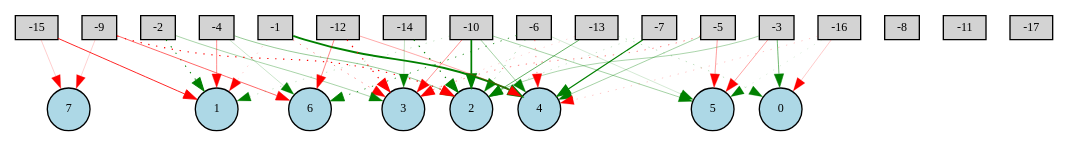
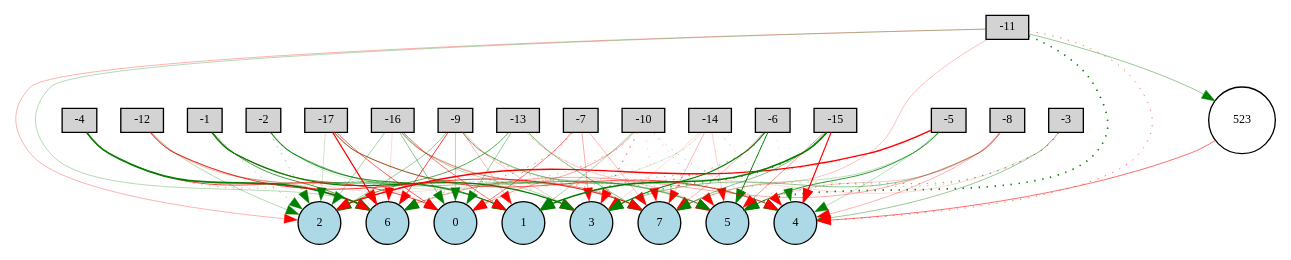
The diagram in neat/Digraph.gv (joeyshi12/Blocky), drawn with Graphviz before and after one commit. The commit also changed 6 other files, not shown here.

```diff
--- a/neat/Digraph.gv
+++ b/neat/Digraph.gv
@@ -1,69 +1,125 @@
 digraph {
 	node [fontsize=9 height=0.2 shape=circle width=0.2]
 	-1 [fillcolor=lightgray shape=box style=filled]
 	-2 [fillcolor=lightgray shape=box style=filled]
 	-3 [fillcolor=lightgray shape=box style=filled]
 	-4 [fillcolor=lightgray shape=box style=filled]
 	-5 [fillcolor=lightgray shape=box style=filled]
 	-6 [fillcolor=lightgray shape=box style=filled]
 	-7 [fillcolor=lightgray shape=box style=filled]
 	-8 [fillcolor=lightgray shape=box style=filled]
 	-9 [fillcolor=lightgray shape=box style=filled]
 	-10 [fillcolor=lightgray shape=box style=filled]
 	-11 [fillcolor=lightgray shape=box style=filled]
 	-12 [fillcolor=lightgray shape=box style=filled]
 	-13 [fillcolor=lightgray shape=box style=filled]
 	-14 [fillcolor=lightgray shape=box style=filled]
 	-15 [fillcolor=lightgray shape=box style=filled]
 	-16 [fillcolor=lightgray shape=box style=filled]
 	-17 [fillcolor=lightgray shape=box style=filled]
 	0 [fillcolor=lightblue style=filled]
 	1 [fillcolor=lightblue style=filled]
 	2 [fillcolor=lightblue style=filled]
 	3 [fillcolor=lightblue style=filled]
 	4 [fillcolor=lightblue style=filled]
 	5 [fillcolor=lightblue style=filled]
 	6 [fillcolor=lightblue style=filled]
 	7 [fillcolor=lightblue style=filled]
-	-15 -> 1 [color=red penwidth=0.6356736408986533 style=solid]
-	-2 -> 3 [color=green penwidth=0.2594046472143364 style=solid]
-	-10 -> 2 [color=green penwidth=1.3085611396770016 style=solid]
-	-16 -> 5 [color=green penwidth=0.11039815070170758 style=dotted]
-	-6 -> 2 [color=green penwidth=0.28713026894503135 style=dotted]
-	-3 -> 2 [color=green penwidth=0.2542499243195569 style=solid]
-	-9 -> 7 [color=red penwidth=0.1428313159139336 style=solid]
-	-16 -> 4 [color=red penwidth=0.1719985558079175 style=dotted]
-	-10 -> 1 [color=green penwidth=0.17894379960975954 style=dotted]
-	-4 -> 2 [color=green penwidth=0.31209945834413 style=solid]
-	-15 -> 7 [color=red penwidth=0.15120131712515977 style=solid]
-	-6 -> 4 [color=red penwidth=0.3558247764518262 style=dotted]
-	-10 -> 5 [color=green penwidth=0.2740330480158778 style=solid]
-	-7 -> 2 [color=green penwidth=0.16261071636927105 style=dotted]
-	-13 -> 3 [color=red penwidth=0.1379891350677599 style=dotted]
-	-12 -> 4 [color=red penwidth=0.2620834621089123 style=solid]
-	-5 -> 3 [color=red penwidth=0.3833160501347421 style=dotted]
-	-1 -> 1 [color=red penwidth=0.17078003054515012 style=dotted]
-	-1 -> 4 [color=green penwidth=1.4606740269379792 style=solid]
-	-3 -> 5 [color=red penwidth=0.2691000620106038 style=solid]
-	-4 -> 1 [color=red penwidth=0.34146742703150956 style=solid]
-	-14 -> 3 [color=green penwidth=0.1822584419858711 style=solid]
-	-12 -> 3 [color=red penwidth=0.8801326347359613 style=dotted]
-	-9 -> 6 [color=red penwidth=0.44896591516949713 style=solid]
-	-1 -> 3 [color=red penwidth=0.3543595652428285 style=dotted]
-	-9 -> 2 [color=red penwidth=0.8326909959393413 style=dotted]
-	-16 -> 0 [color=red penwidth=0.1584521965712446 style=solid]
-	-2 -> 1 [color=green penwidth=0.782436734184108 style=dotted]
-	-13 -> 0 [color=green penwidth=0.1968617051874763 style=dotted]
-	-4 -> 6 [color=green penwidth=0.1647298036452866 style=solid]
-	-14 -> 2 [color=green penwidth=0.8854692333986632 style=dotted]
-	-5 -> 4 [color=green penwidth=0.2676845333114186 style=solid]
-	-10 -> 4 [color=green penwidth=0.26742751018998573 style=solid]
-	-13 -> 2 [color=green penwidth=0.45938416860232634 style=solid]
-	-6 -> 5 [color=green penwidth=0.12971585929670057 style=solid]
-	-5 -> 5 [color=red penwidth=0.2890307428020267 style=solid]
-	-3 -> 0 [color=green penwidth=0.42278288495604455 style=solid]
-	-7 -> 4 [color=green penwidth=0.9121944008542874 style=solid]
-	-6 -> 6 [color=green penwidth=0.6026893777928836 style=dotted]
-	-10 -> 3 [color=red penwidth=0.3228043140508848 style=solid]
-	-12 -> 6 [color=red penwidth=0.36003567938789005 style=solid]
+	523 [fillcolor=white style=filled]
+	-1 -> 1 [color=green penwidth=0.538150051989978 style=solid]
+	-1 -> 2 [color=green penwidth=0.29752505814111896 style=dotted]
+	-1 -> 3 [color=green penwidth=0.954837931977394 style=solid]
+	-1 -> 5 [color=red penwidth=0.10138682911582331 style=solid]
+	-1 -> 6 [color=green penwidth=0.5499852236576045 style=solid]
+	-2 -> 0 [color=green penwidth=0.10403829376033752 style=solid]
+	-2 -> 1 [color=green penwidth=0.6473775070023103 style=solid]
+	-2 -> 2 [color=green penwidth=0.3549516598908111 style=dotted]
+	-2 -> 3 [color=green penwidth=0.2085242152841812 style=dotted]
+	-2 -> 5 [color=green penwidth=0.11887372906455335 style=solid]
+	-2 -> 6 [color=red penwidth=0.13742488635412725 style=dotted]
+	-2 -> 7 [color=green penwidth=0.30624380885068847 style=solid]
+	-3 -> 1 [color=red penwidth=0.120367482596063 style=solid]
+	-3 -> 4 [color=green penwidth=0.31090202977872294 style=solid]
+	-3 -> 5 [color=green penwidth=0.4180456811045179 style=dotted]
+	-3 -> 7 [color=green penwidth=0.29539649869578144 style=dotted]
+	-4 -> 0 [color=red penwidth=0.5635632906053732 style=solid]
+	-4 -> 1 [color=red penwidth=0.28470014354556106 style=dotted]
+	-4 -> 6 [color=green penwidth=1.255230761706432 style=solid]
+	-5 -> 1 [color=red penwidth=0.35524696918360466 style=dotted]
+	-5 -> 2 [color=red penwidth=1.0343174468194023 style=solid]
+	-5 -> 4 [color=green penwidth=0.2018676476777595 style=solid]
+	-5 -> 7 [color=green penwidth=0.20019618372604298 style=solid]
+	-6 -> 0 [color=red penwidth=0.25187715705968927 style=dotted]
+	-6 -> 1 [color=green penwidth=0.12225687128842999 style=dotted]
+	-6 -> 3 [color=green penwidth=0.8463343140714179 style=solid]
+	-6 -> 4 [color=green penwidth=0.10788895682047987 style=dotted]
+	-6 -> 5 [color=green penwidth=0.7501006363220217 style=solid]
+	-6 -> 6 [color=green penwidth=0.19629148329906526 style=dotted]
+	-6 -> 7 [color=red penwidth=0.22306819786177529 style=solid]
+	-7 -> 0 [color=red penwidth=0.4056669760640813 style=solid]
+	-7 -> 3 [color=red penwidth=0.2565521782175004 style=solid]
+	-7 -> 5 [color=red penwidth=0.1575860017958287 style=dotted]
+	-7 -> 6 [color=green penwidth=0.4569707128707833 style=dotted]
+	-7 -> 7 [color=red penwidth=0.2109895062419444 style=solid]
+	-8 -> 3 [color=green penwidth=0.335660269678706 style=solid]
+	-8 -> 4 [color=red penwidth=0.23123386566888296 style=solid]
+	-8 -> 5 [color=red penwidth=0.168664337358171 style=solid]
+	-8 -> 6 [color=red penwidth=0.262039811128039 style=solid]
+	-9 -> 0 [color=green penwidth=0.23608573399916552 style=solid]
+	-9 -> 1 [color=red penwidth=0.210730026939072 style=solid]
+	-9 -> 2 [color=green penwidth=0.2959250328620703 style=solid]
+	-9 -> 3 [color=red penwidth=0.17663497316658844 style=solid]
+	-9 -> 4 [color=green penwidth=0.24890422268955334 style=solid]
+	-9 -> 5 [color=green penwidth=0.26774117167743017 style=solid]
+	-9 -> 6 [color=red penwidth=0.5671182261819718 style=solid]
+	-9 -> 7 [color=red penwidth=0.40825870439161305 style=dotted]
+	-10 -> 0 [color=red penwidth=0.2835495734579896 style=solid]
+	-10 -> 1 [color=green penwidth=0.25766631830230385 style=solid]
+	-10 -> 2 [color=red penwidth=0.27967926428372863 style=dotted]
+	-10 -> 3 [color=red penwidth=0.5899120212962032 style=dotted]
+	-10 -> 4 [color=green penwidth=0.26358879586575157 style=dotted]
+	-10 -> 5 [color=red penwidth=0.2244443528348529 style=dotted]
+	-10 -> 7 [color=red penwidth=0.1842929453353488 style=dotted]
+	-11 -> 2 [color=red penwidth=0.22697980874260598 style=solid]
+	-11 -> 4 [color=red penwidth=0.4225952066591987 style=dotted]
+	-11 -> 5 [color=green penwidth=1.2700222487596222 style=dotted]
+	-11 -> 6 [color=green penwidth=0.21507248286340896 style=solid]
+	-11 -> 7 [color=red penwidth=0.19447789204301338 style=solid]
+	-12 -> 1 [color=green penwidth=0.26123617702058277 style=solid]
+	-12 -> 2 [color=green penwidth=0.23112058204191538 style=solid]
+	-12 -> 6 [color=red penwidth=0.22566101687186696 style=solid]
+	-12 -> 7 [color=red penwidth=0.613633798349559 style=solid]
+	-13 -> 0 [color=green penwidth=0.3028113688335108 style=solid]
+	-13 -> 2 [color=green penwidth=0.49304720681950565 style=solid]
+	-13 -> 4 [color=red penwidth=0.20681635698986237 style=dotted]
+	-13 -> 5 [color=red penwidth=0.17367859659330365 style=solid]
+	-13 -> 6 [color=green penwidth=0.10911474267983784 style=dotted]
+	-13 -> 7 [color=green penwidth=0.368684655129461 style=solid]
+	-14 -> 2 [color=red penwidth=0.17899290451592237 style=dotted]
+	-14 -> 3 [color=red penwidth=0.11000405054870512 style=solid]
+	-14 -> 4 [color=red penwidth=0.2915899091830948 style=dotted]
+	-14 -> 5 [color=red penwidth=0.1452026360047256 style=solid]
+	-14 -> 6 [color=green penwidth=0.11479468747964824 style=solid]
+	-14 -> 7 [color=red penwidth=0.22273585021153333 style=solid]
+	-15 -> 1 [color=green penwidth=1.194639529245519 style=solid]
+	-15 -> 3 [color=green penwidth=0.782880974178904 style=dotted]
+	-15 -> 4 [color=red penwidth=0.8926163493736737 style=solid]
+	-15 -> 5 [color=red penwidth=0.3212288032620094 style=solid]
+	-15 -> 6 [color=green penwidth=0.2835882150081402 style=dotted]
+	-15 -> 7 [color=green penwidth=0.3512068044647967 style=solid]
+	-16 -> 0 [color=green penwidth=0.3416954814612515 style=solid]
+	-16 -> 1 [color=red penwidth=0.4237230303536371 style=solid]
+	-16 -> 2 [color=green penwidth=0.2743213755118332 style=solid]
+	-16 -> 3 [color=green penwidth=0.22609164358182546 style=solid]
+	-16 -> 4 [color=green penwidth=0.1546949974487489 style=solid]
+	-16 -> 6 [color=red penwidth=0.12065538822048094 style=solid]
+	-16 -> 7 [color=red penwidth=0.35896311255360835 style=solid]
+	-17 -> 0 [color=red penwidth=0.46631881991030966 style=solid]
+	-17 -> 2 [color=green penwidth=0.1533975871422084 style=solid]
+	-17 -> 4 [color=red penwidth=0.496877977629412 style=solid]
+	-17 -> 5 [color=green penwidth=0.34870991332770346 style=solid]
+	-17 -> 6 [color=red penwidth=0.8493277244906011 style=solid]
+	-5 -> 5 [color=green penwidth=0.6011539279788594 style=solid]
+	-11 -> 523 [color=green penwidth=0.30726817221659375 style=solid]
+	523 -> 4 [color=red penwidth=0.4291752718059031 style=solid]
 }
```
